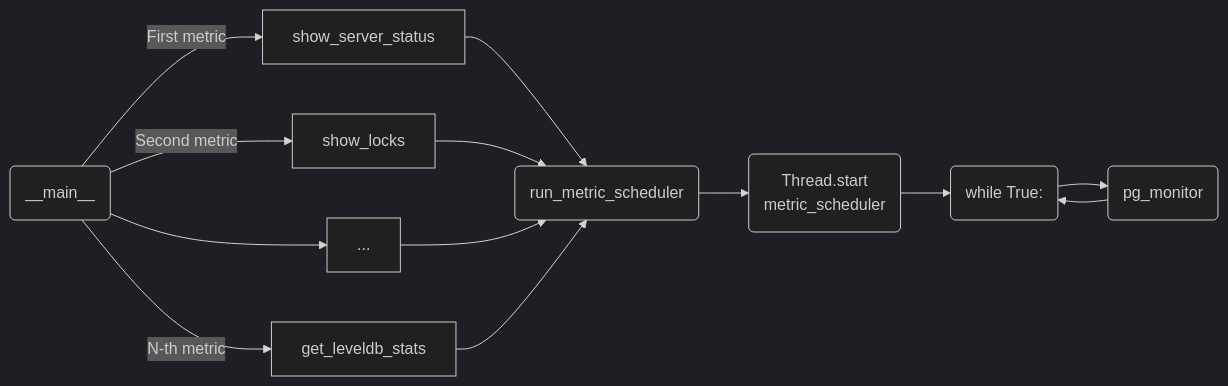
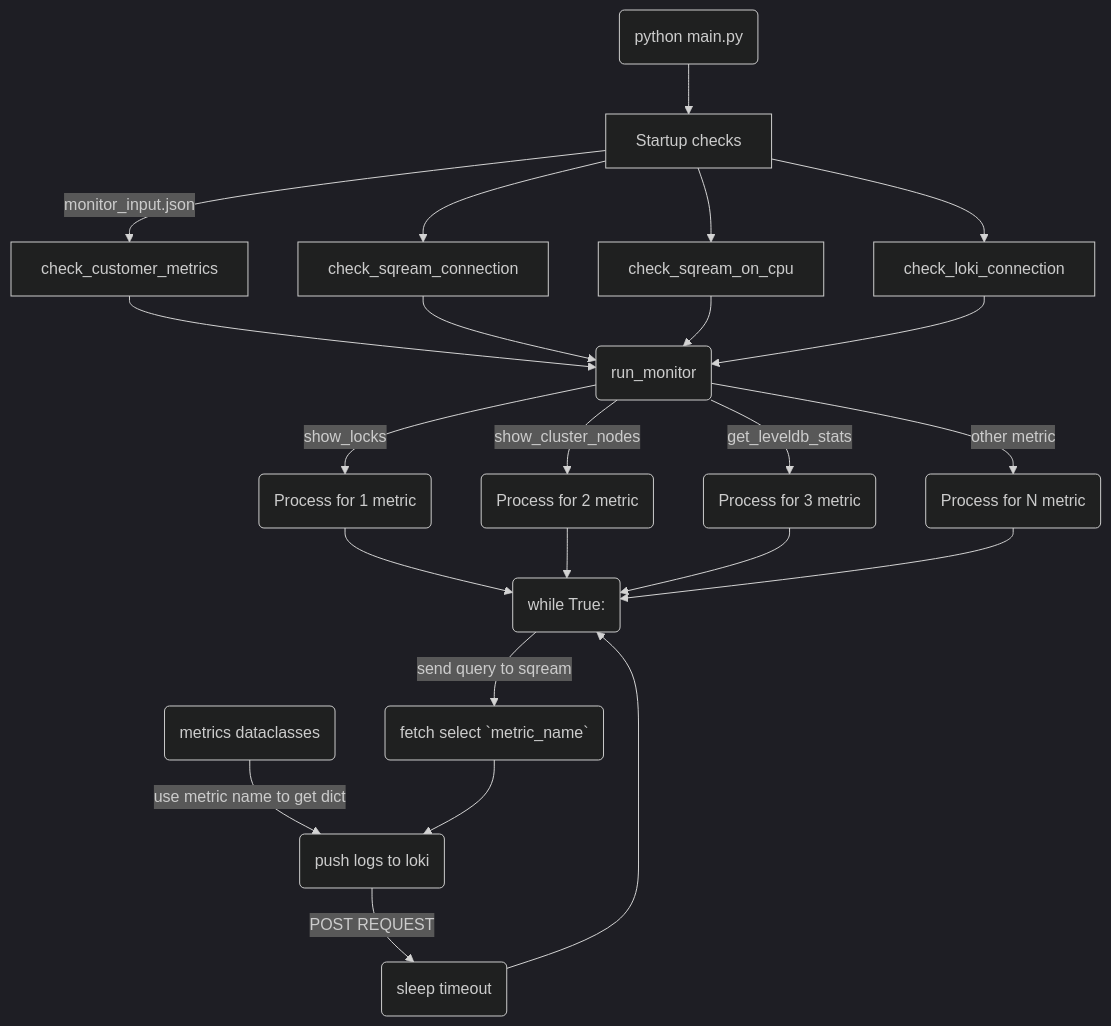
Before and after one commit to honsour72/monitor_service: the diagram in README.md, drawn with Mermaid (dark theme). The commit also changed other lines of this file, not shown here.

````diff
--- a/README.md
+++ b/README.md
@@ -122,16 +125,25 @@
 ```mermaid
-graph LR
-A(__main__) -->|First metric| B1[show_server_status]
-A(__main__) -->|Second metric| B2[show_locks]
-A(__main__) -->B3[...]
-A(__main__) -->|N-th metric| B4[get_leveldb_stats]
-B1 --> C(run_metric_scheduler)
-B2 --> C(run_metric_scheduler)
-B3 --> C(run_metric_scheduler)
-B4 --> C(run_metric_scheduler)
-C --> D(Thread.start
-        metric_scheduler)
-D --> E(while True:)
-E --> F(pg_monitor)
-F --> E
+graph TB
+A(python main.py) --> B[Startup checks]
+B -->|monitor_input.json| B1[check_customer_metrics]
+B --> B2[check_sqream_connection]
+B --> B3[check_sqream_on_cpu]
+B --> B4[check_loki_connection]
+B1 --> C(run_monitor)
+B2 --> C(run_monitor)
+B3 --> C(run_monitor)
+B4 --> C(run_monitor)
+C --> |show_locks| D1(Process for 1 metric)
+C --> |show_cluster_nodes| D2(Process for 2 metric)
+C --> |get_leveldb_stats| D3(Process for 3 metric)
+C --> |other metric| D4(Process for N metric)
+D1 --> E(while True:)
+D2 --> E(while True:)
+D3 --> E(while True:)
+D4 --> E(while True:)
+E --> |send query to sqream| F(fetch select `metric_name`)
+M(metrics dataclasses) --> |use metric name to get dict| G(create loki labels)
+F --> G(push logs to loki)
+G --> |POST REQUEST| H(sleep timeout)
+H --> E
 ```
````
